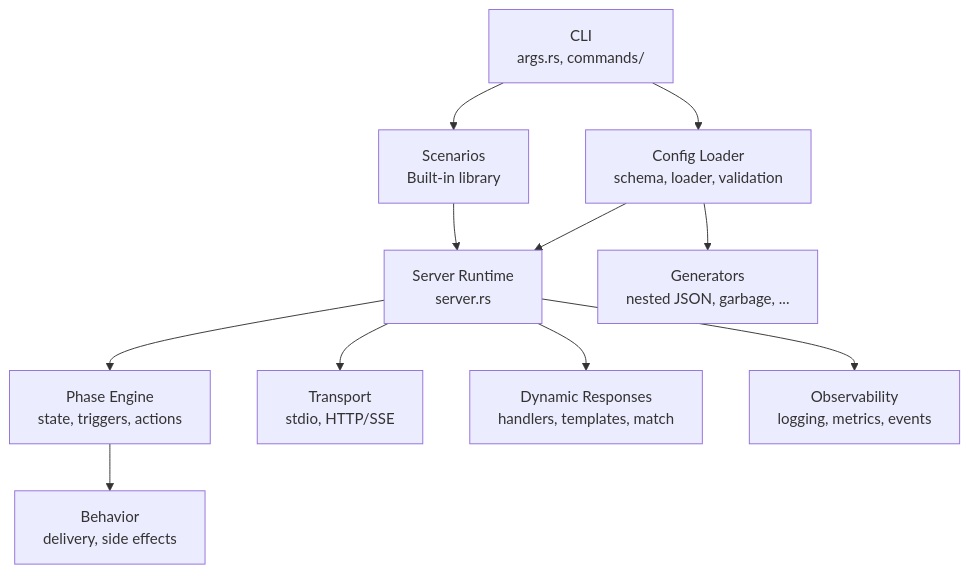
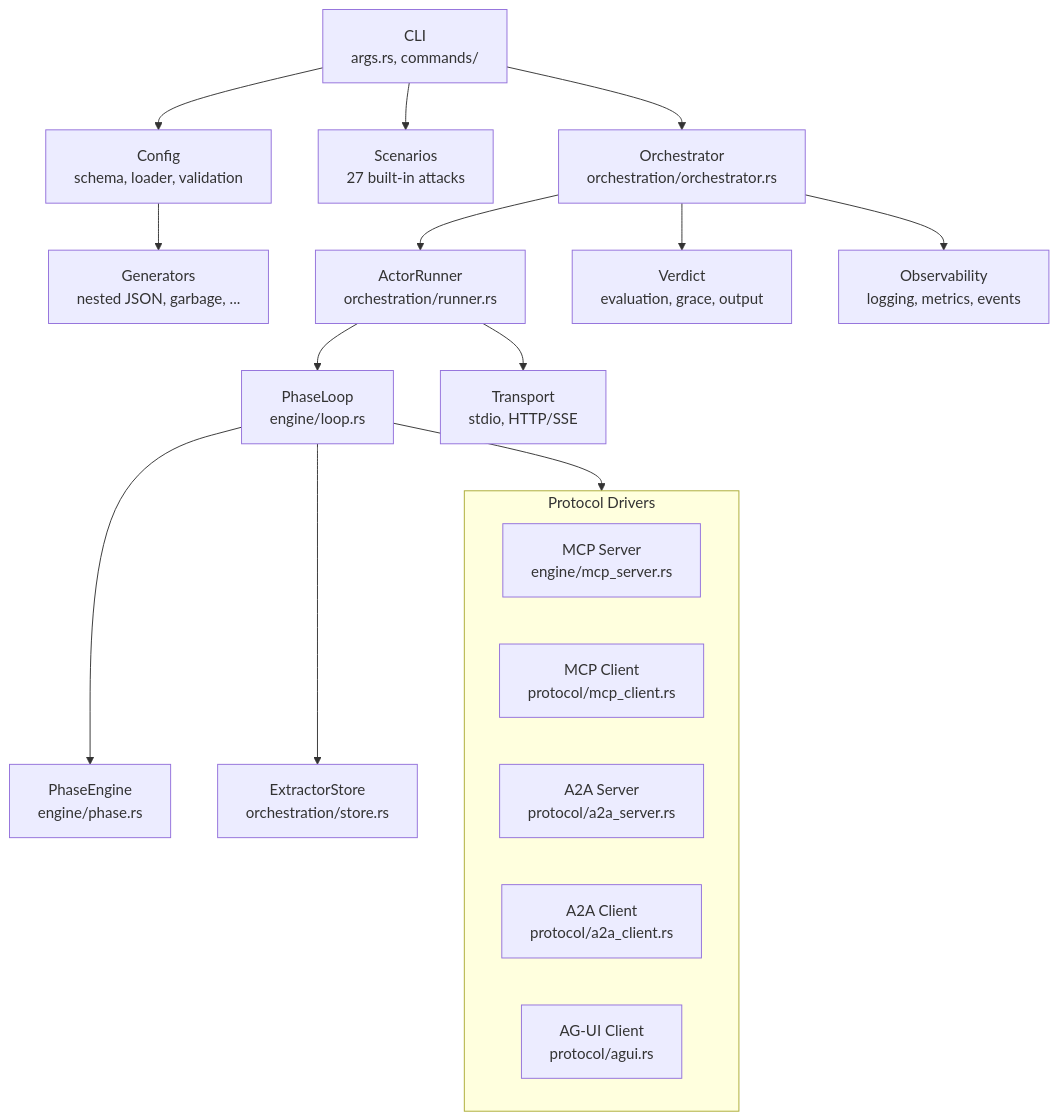
The first of 2 diagrams in docs-site/docs/explanation/architecture.mdx (thoughtgate/thoughtjack), drawn with Mermaid before and after one commit. The commit also changed other lines of this file and 12 other files, not shown here.

````diff
--- a/docs-site/docs/explanation/architecture.mdx
+++ b/docs-site/docs/explanation/architecture.mdx
@@ -29,13 +13,22 @@
 ```mermaid
 graph TD
-    CLI[CLI<br/>args.rs, commands/] --> Config[Config Loader<br/>schema, loader, validation]
-    CLI --> Scenarios[Scenarios<br/>Built-in library]
-    Config --> Server[Server Runtime<br/>server.rs]
-    Scenarios --> Server
-    Server --> Phase[Phase Engine<br/>state, triggers, actions]
-    Server --> Transport[Transport<br/>stdio, HTTP/SSE]
-    Server --> Dynamic[Dynamic Responses<br/>handlers, templates, match]
-    Phase --> Behavior[Behavior<br/>delivery, side effects]
+    CLI[CLI<br/>args.rs, commands/] --> Config[Config<br/>schema, loader, validation]
+    CLI --> Scenarios[Scenarios<br/>27 built-in attacks]
+    CLI --> Orchestrator[Orchestrator<br/>orchestration/orchestrator.rs]
+    Orchestrator --> ActorRunner[ActorRunner<br/>orchestration/runner.rs]
+    ActorRunner --> PhaseLoop[PhaseLoop<br/>engine/loop.rs]
+    PhaseLoop --> PhaseEngine[PhaseEngine<br/>engine/phase.rs]
+    PhaseLoop --> Drivers
+    subgraph Drivers[Protocol Drivers]
+        MCP_S[MCP Server<br/>engine/mcp_server.rs]
+        MCP_C[MCP Client<br/>protocol/mcp_client.rs]
+        A2A_S[A2A Server<br/>protocol/a2a_server.rs]
+        A2A_C[A2A Client<br/>protocol/a2a_client.rs]
+        AGUI[AG-UI Client<br/>protocol/agui.rs]
+    end
+    PhaseLoop --> ExtractorStore[ExtractorStore<br/>orchestration/store.rs]
+    Orchestrator --> Verdict[Verdict<br/>evaluation, grace, output]
     Config --> Generator[Generators<br/>nested JSON, garbage, ...]
-    Server --> Observability[Observability<br/>logging, metrics, events]
+    ActorRunner --> Transport[Transport<br/>stdio, HTTP/SSE]
+    Orchestrator --> Observability[Observability<br/>logging, metrics, events]
 ```
````
